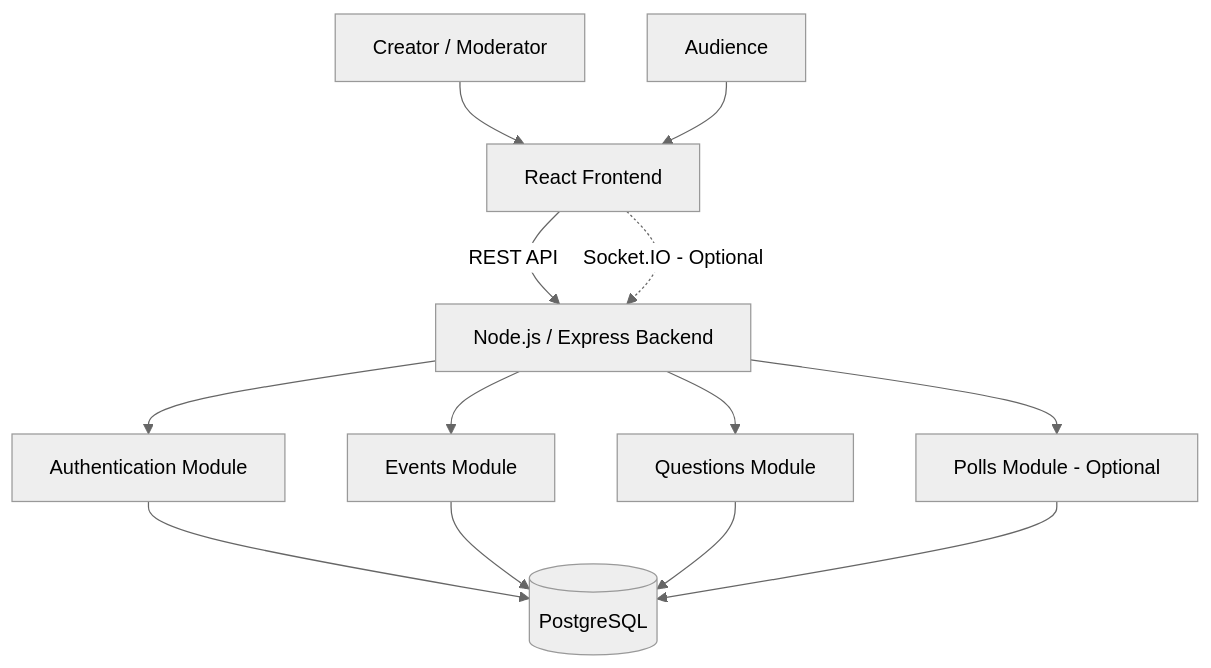
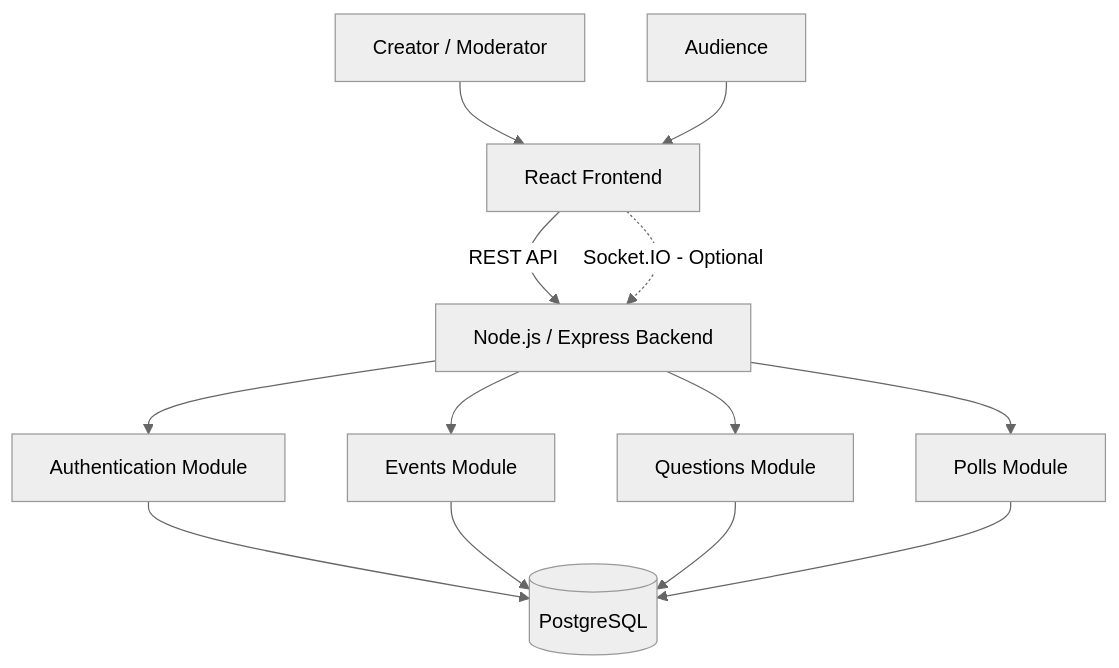
Before and after one commit to AngusTso/Creator-Interaction-Hub: the first of 3 diagrams in architecture.md, drawn with Mermaid (neutral theme). The commit also changed other lines of this file and 46 other files, not shown here.

````diff
--- a/architecture.md
+++ b/architecture.md
@@ -32,18 +32,18 @@
 ```mermaid
 flowchart TD
     A[Creator / Moderator] --> FE[React Frontend]
     B[Audience] --> FE
 
     FE -->|REST API| BE[Node.js / Express Backend]
     FE -.->|Socket.IO - Optional| BE
 
     BE --> AUTH[Authentication Module]
     BE --> EVENTS[Events Module]
     BE --> QUESTIONS[Questions Module]
-    BE --> POLLS[Polls Module - Optional]
+    BE --> POLLS[Polls Module]
 
     AUTH --> DB[(PostgreSQL)]
     EVENTS --> DB
     QUESTIONS --> DB
     POLLS --> DB
 ```
````
